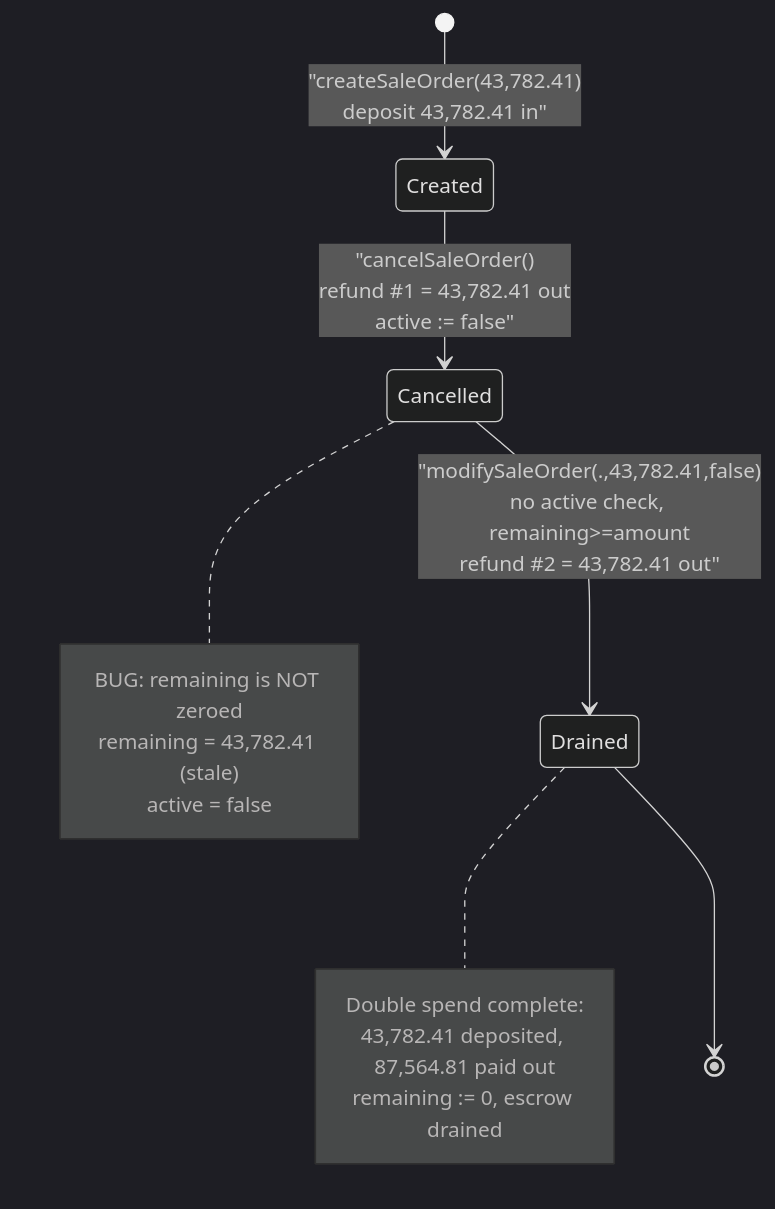
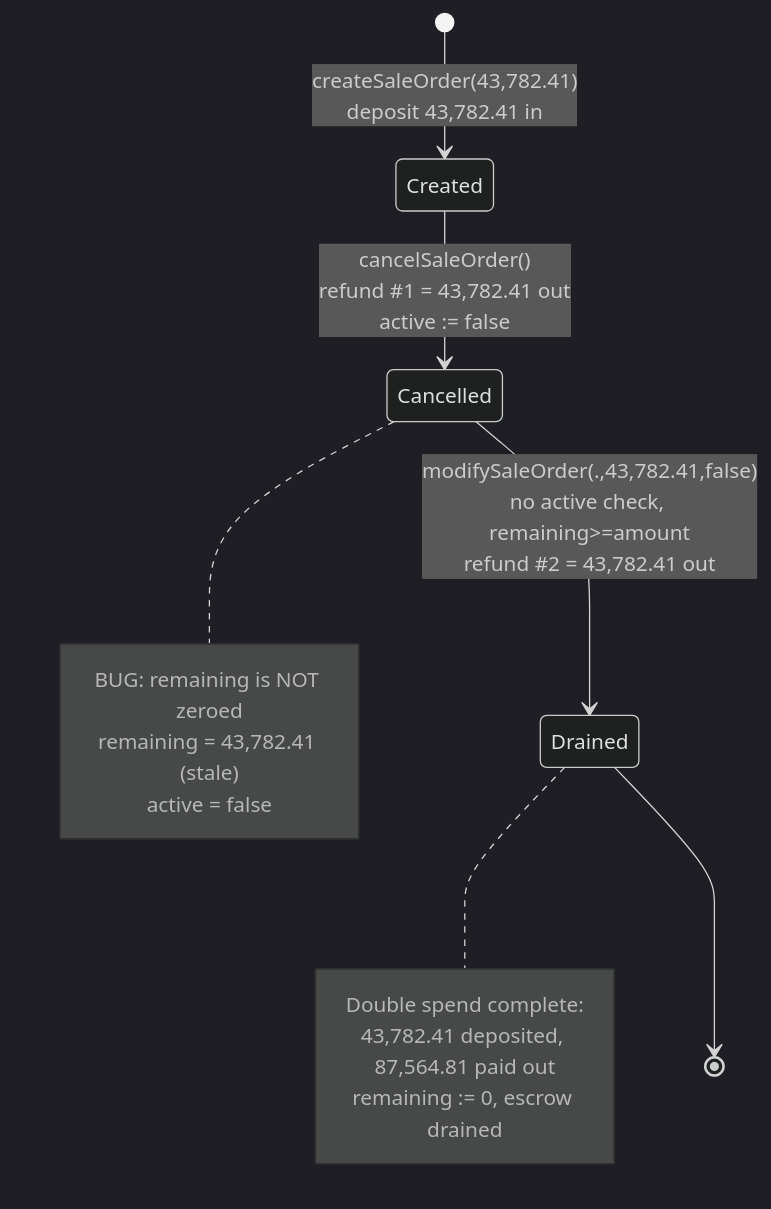
One commit to sanbir/evm-hack-registry changed the second of 3 diagrams in 2025-07-Stepp2p_exp/Stepp2p_exp.md. Above: the diagram before and after it, drawn with Mermaid (dark theme). The commit also changed 280 other files, not shown here.

Commit message:
mermaid fixes

````diff
--- a/2025-07-Stepp2p_exp/Stepp2p_exp.md
+++ b/2025-07-Stepp2p_exp/Stepp2p_exp.md
@@ -289,17 +289,17 @@
 ```mermaid
 stateDiagram-v2
-    [*] --> Created: "createSaleOrder(43,782.41)<br/>deposit 43,782.41 in"
-    Created --> Cancelled: "cancelSaleOrder()<br/>refund #1 = 43,782.41 out<br/>active := false"
+    [*] --> Created: createSaleOrder(43,782.41)<br/>deposit 43,782.41 in
+    Created --> Cancelled: cancelSaleOrder()<br/>refund #1 = 43,782.41 out<br/>active #58;= false
     note right of Cancelled
         BUG: remaining is NOT zeroed
         remaining = 43,782.41 (stale)
         active = false
     end note
-    Cancelled --> Drained: "modifySaleOrder(.,43,782.41,false)<br/>no active check, remaining>=amount<br/>refund #2 = 43,782.41 out"
+    Cancelled --> Drained: modifySaleOrder(.,43,782.41,false)<br/>no active check, remaining>=amount<br/>refund #2 = 43,782.41 out
     note right of Drained
         Double spend complete:
         43,782.41 deposited, 87,564.81 paid out
         remaining := 0, escrow drained
     end note
     Drained --> [*]
 ```
````
